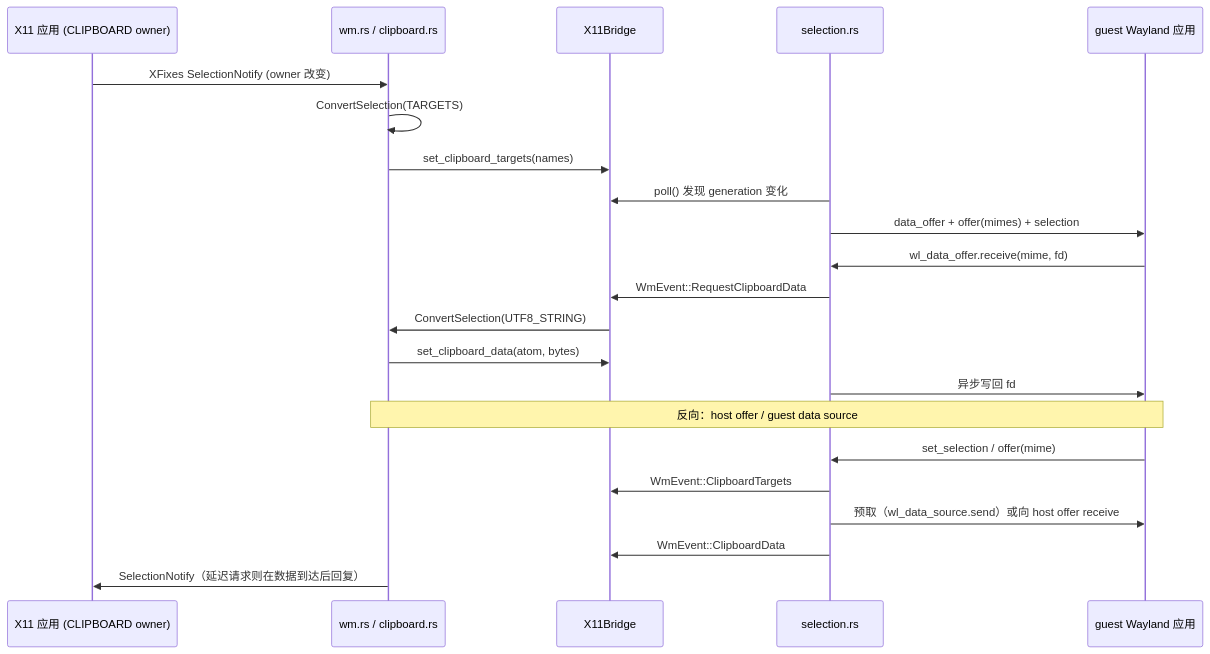
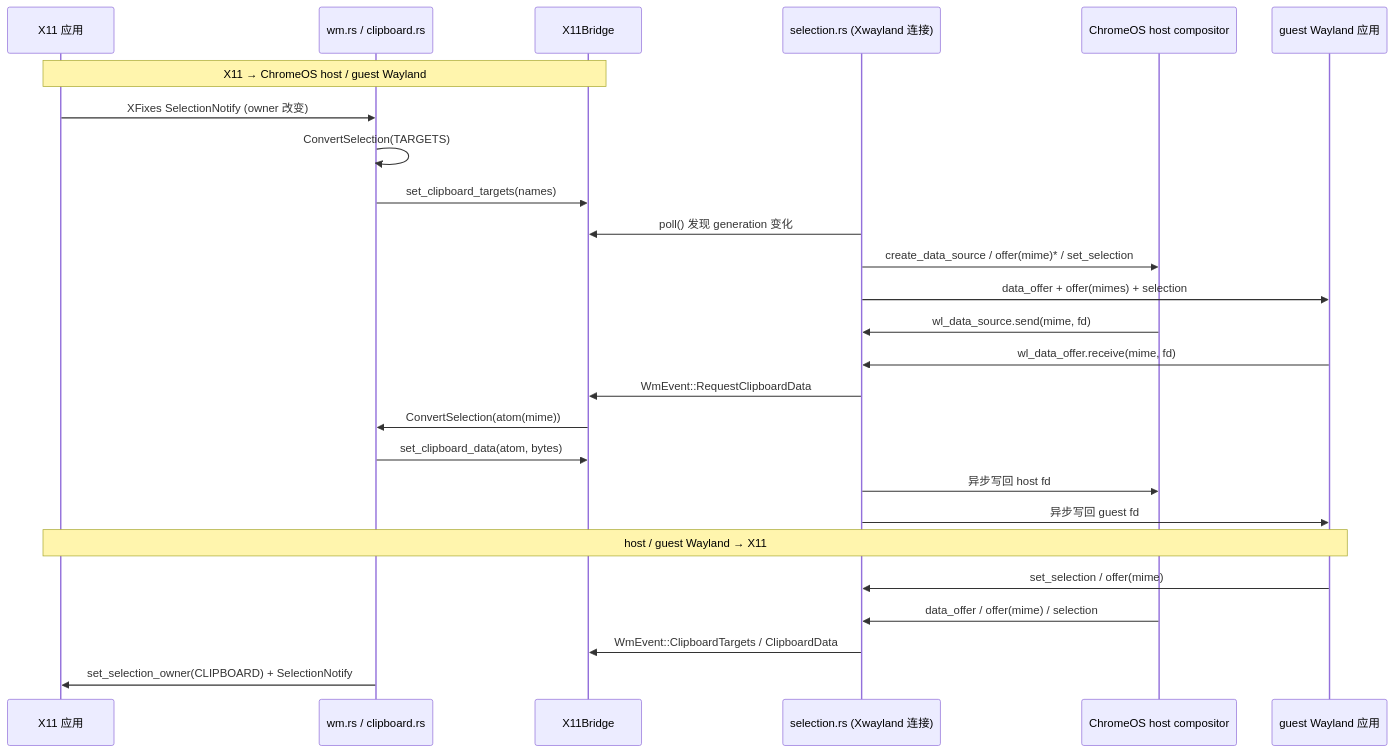
The second of 2 diagrams in docs/ARCHITECTURE.md (Remik1r3n/sommelier-rs-r), drawn with Mermaid before and after one commit. The commit also changed other lines of this file and 14 other files, not shown here.

````diff
--- a/docs/ARCHITECTURE.md
+++ b/docs/ARCHITECTURE.md
@@ -145,26 +152,30 @@
 ```mermaid
 sequenceDiagram
-    participant X11 as X11 应用 (CLIPBOARD owner)
+    participant X11 as X11 应用
     participant WM as wm.rs / clipboard.rs
     participant B as X11Bridge
-    participant S as selection.rs
+    participant S as selection.rs (Xwayland 连接)
+    participant H as ChromeOS host compositor
     participant G as guest Wayland 应用
 
+    Note over X11,B: X11 → ChromeOS host / guest Wayland
     X11->>WM: XFixes SelectionNotify (owner 改变)
     WM->>WM: ConvertSelection(TARGETS)
     WM->>B: set_clipboard_targets(names)
     S->>B: poll() 发现 generation 变化
+    S->>H: create_data_source / offer(mime)* / set_selection
     S->>G: data_offer + offer(mimes) + selection
+    H->>S: wl_data_source.send(mime, fd)
     G->>S: wl_data_offer.receive(mime, fd)
     S->>B: WmEvent::RequestClipboardData
-    B->>WM: ConvertSelection(UTF8_STRING)
+    B->>WM: ConvertSelection(atom(mime))
     WM->>B: set_clipboard_data(atom, bytes)
-    S->>G: 异步写回 fd
+    S->>H: 异步写回 host fd
+    S->>G: 异步写回 guest fd
 
-    Note over G,WM: 反向：host offer / guest data source
+    Note over G,X11: host / guest Wayland → X11
     G->>S: set_selection / offer(mime)
-    S->>B: WmEvent::ClipboardTargets
-    S->>G: 预取（wl_data_source.send）或向 host offer receive
-    S->>B: WmEvent::ClipboardData
-    WM->>X11: SelectionNotify（延迟请求则在数据到达后回复）
+    H->>S: data_offer / offer(mime) / selection
+    S->>B: WmEvent::ClipboardTargets / ClipboardData
+    WM->>X11: set_selection_owner(CLIPBOARD) + SelectionNotify
 ```
````
